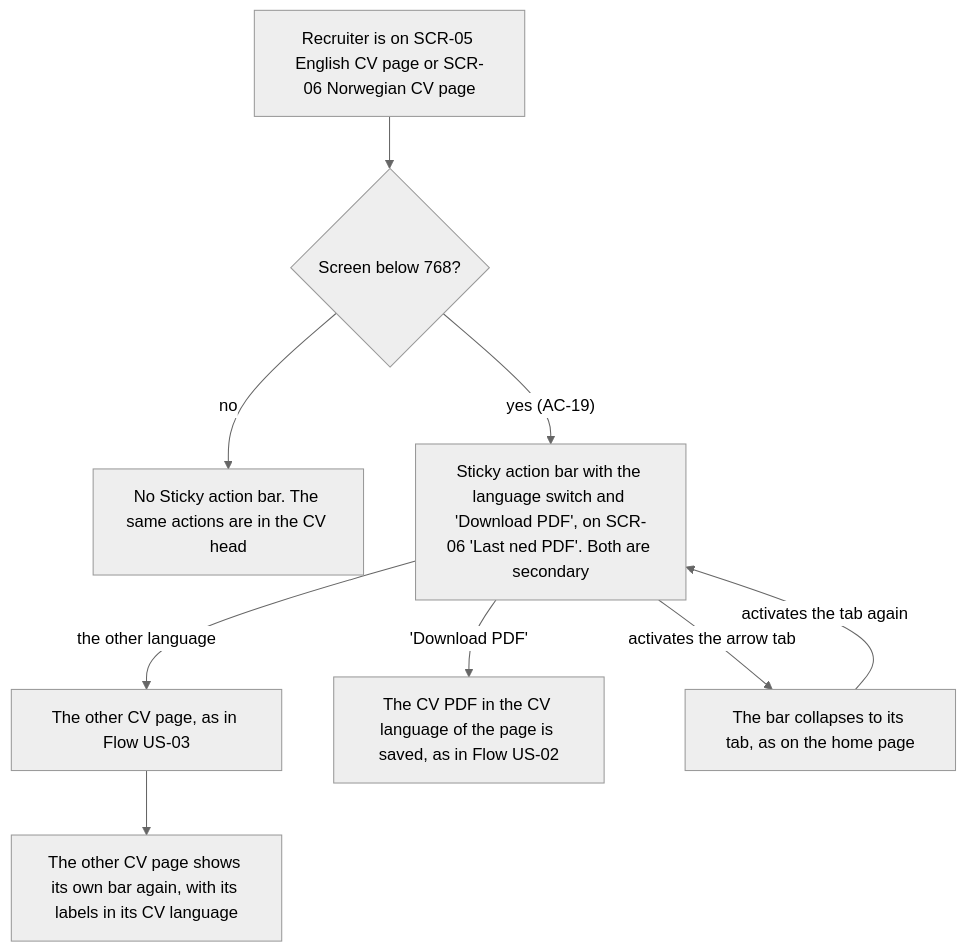
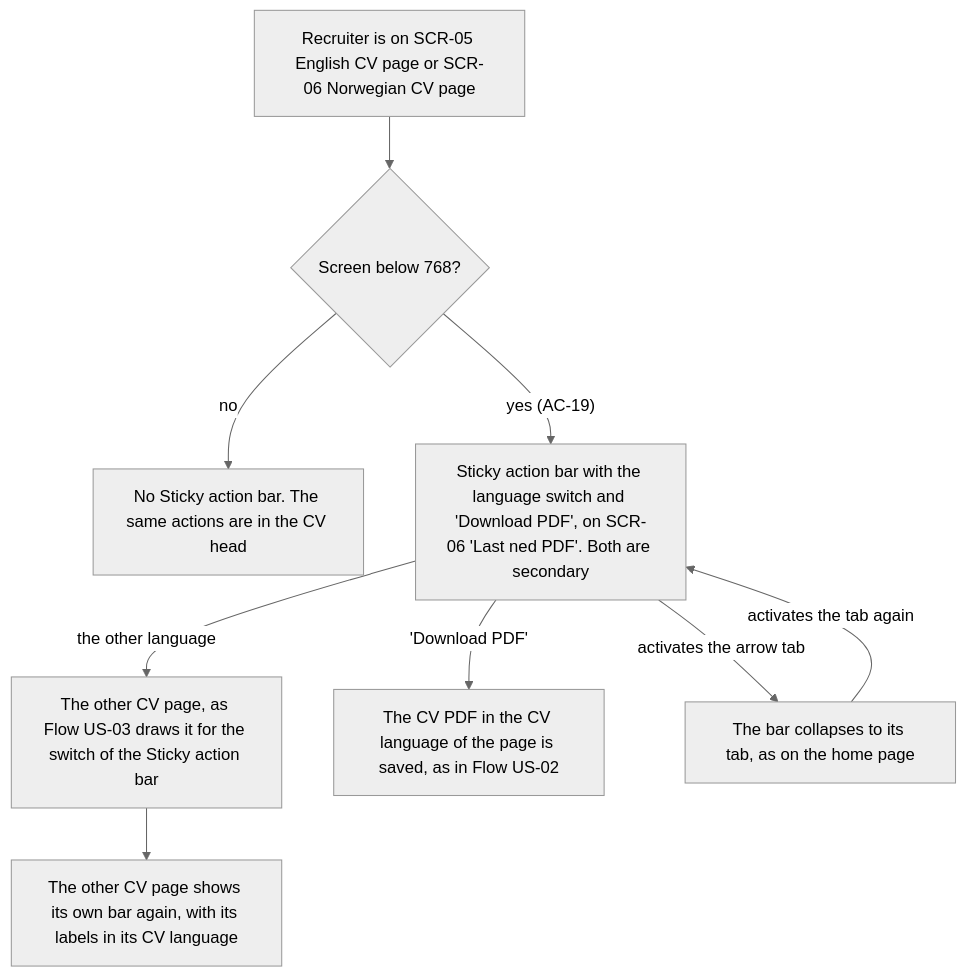
One commit to Ponomaleks/alpon.dev changed the tenth of 11 diagrams in docs/features/cv/ux-flows.md. Above: the diagram before and after it, drawn with Mermaid (neutral theme). The commit also changed other lines of this file and 3 other files, not shown here.

First line of the commit message:
docs(cv): Bring ux-flows and the sad sequences in step with AC-08

````diff
--- a/docs/features/cv/ux-flows.md
+++ b/docs/features/cv/ux-flows.md
@@ -225,11 +230,11 @@
 ```mermaid
 flowchart TD
     A["Recruiter is on SCR-05 English CV page or SCR-06 Norwegian CV page"] --> B{"Screen below 768?"}
     B -->|"no"| X["No Sticky action bar. The same actions are in the CV head"]
     B -->|"yes (AC-19)"| C["Sticky action bar with the language switch and 'Download PDF', on SCR-06 'Last ned PDF'. Both are secondary"]
-    C -->|"the other language"| L["The other CV page, as in Flow US-03"]
+    C -->|"the other language"| L["The other CV page, as Flow US-03 draws it for the switch of the Sticky action bar"]
     C -->|"'Download PDF'"| D["The CV PDF in the CV language of the page is saved, as in Flow US-02"]
     C -->|"activates the arrow tab"| T["The bar collapses to its tab, as on the home page"]
     T -->|"activates the tab again"| C
     L --> C2["The other CV page shows its own bar again, with its labels in its CV language"]
 ```
````
